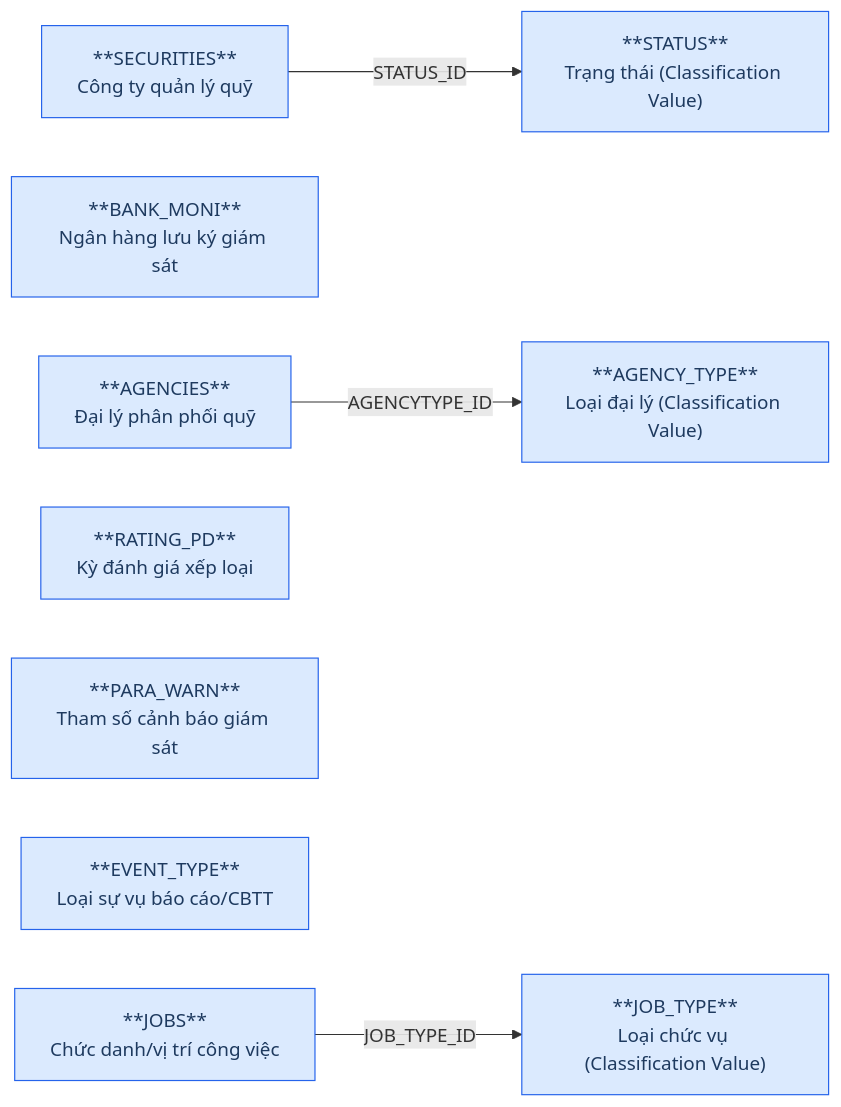
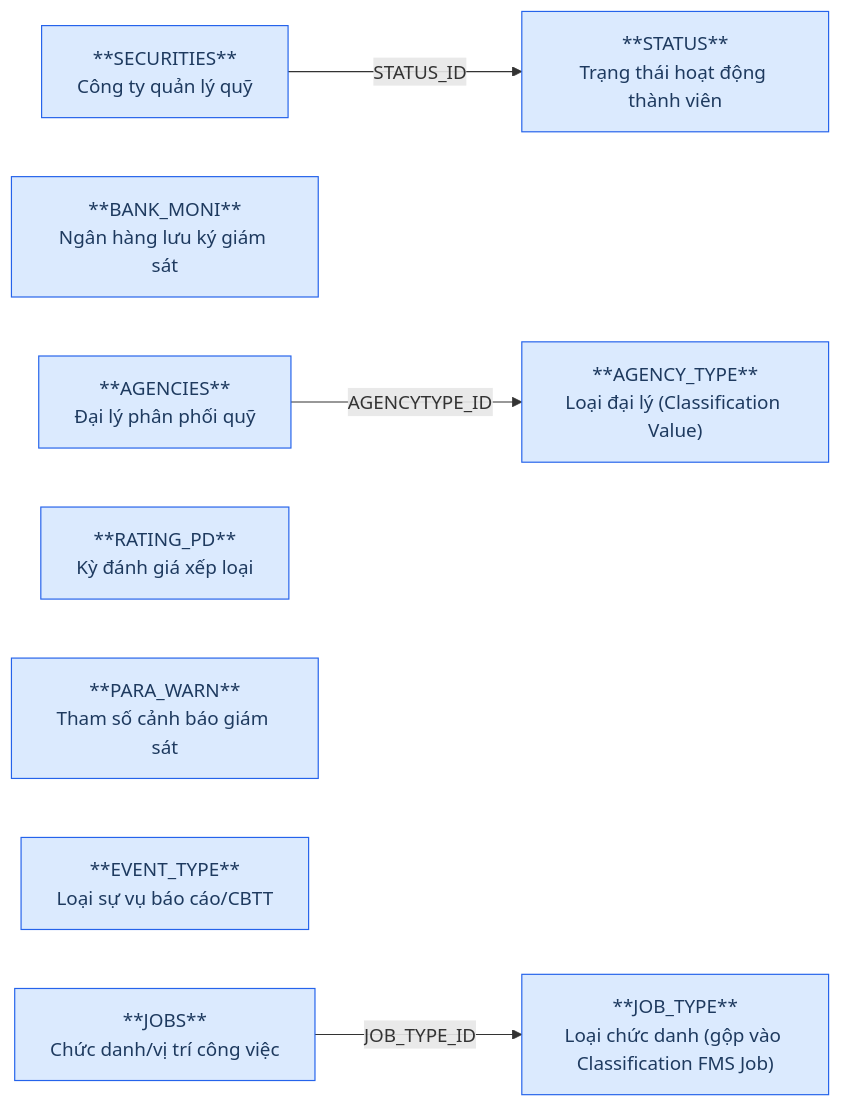
One commit to linhlvit/ubck_atomic_design changed the first of 2 diagrams in DataModel/working/Atomic/hld/FMS_HLD_Tier1.md. Above: the diagram before and after it, drawn with Mermaid. The commit also changed other lines of this file and 136 other files, not shown here.

````diff
--- a/DataModel/working/Atomic/hld/FMS_HLD_Tier1.md
+++ b/DataModel/working/Atomic/hld/FMS_HLD_Tier1.md
@@ -30,19 +35,19 @@
 ```mermaid
 graph LR
     classDef src fill:#dbeafe,stroke:#2563eb,color:#1e3a5f
 
     SECURITIES["**SECURITIES**\nCông ty quản lý quỹ"]:::src
     BANK_MONI["**BANK_MONI**\nNgân hàng lưu ký giám sát"]:::src
     AGENCIES["**AGENCIES**\nĐại lý phân phối quỹ"]:::src
     RATING_PD["**RATING_PD**\nKỳ đánh giá xếp loại"]:::src
     PARA_WARN["**PARA_WARN**\nTham số cảnh báo giám sát"]:::src
     AGENCY_TYPE["**AGENCY_TYPE**\nLoại đại lý (Classification Value)"]:::src
-    STATUS["**STATUS**\nTrạng thái (Classification Value)"]:::src
+    STATUS["**STATUS**\nTrạng thái hoạt động thành viên"]:::src
     EVENT_TYPE["**EVENT_TYPE**\nLoại sự vụ báo cáo/CBTT"]:::src
     JOBS["**JOBS**\nChức danh/vị trí công việc"]:::src
-    JOB_TYPE["**JOB_TYPE**\nLoại chức vụ (Classification Value)"]:::src
+    JOB_TYPE["**JOB_TYPE**\nLoại chức danh (gộp vào Classification FMS Job)"]:::src
 
     AGENCIES -->|"AGENCYTYPE_ID"| AGENCY_TYPE
     SECURITIES -->|"STATUS_ID"| STATUS
     JOBS -->|"JOB_TYPE_ID"| JOB_TYPE
 ```
````
